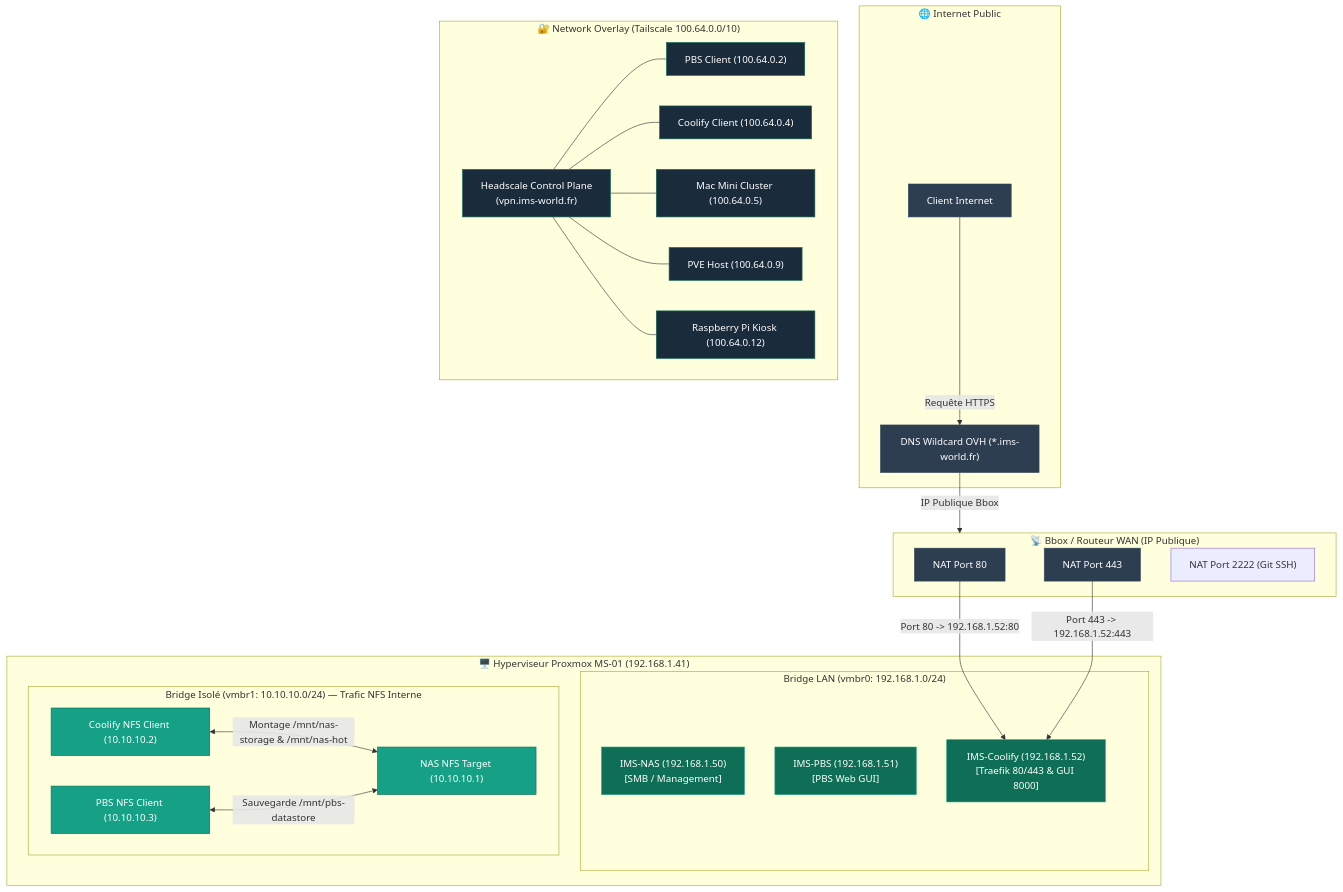
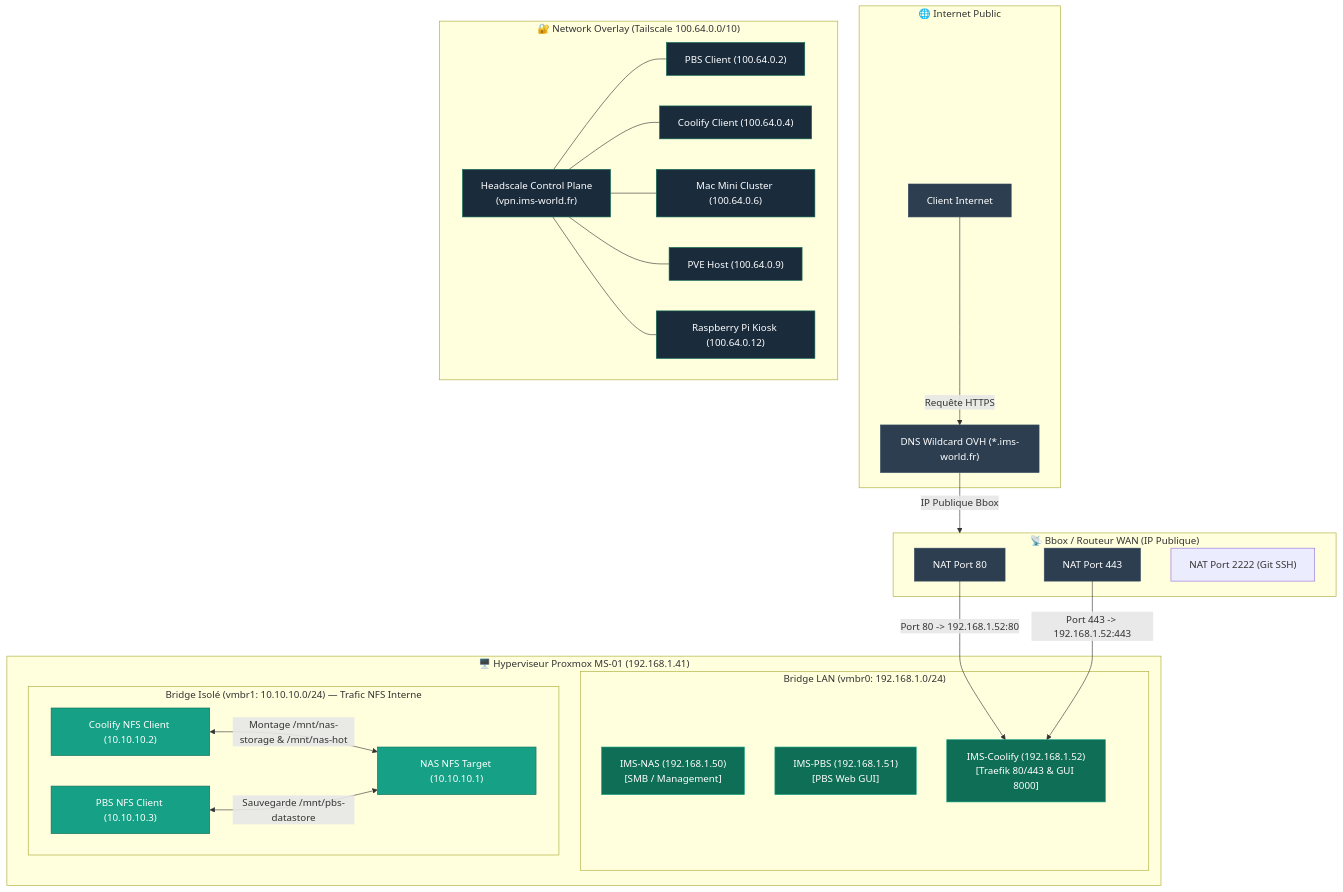
One commit to ims-world/docs changed the diagram in reseau/architecture-reseau.md. Above: the diagram before and after it, drawn with Mermaid. The commit also changed 7 other files, not shown here.

Commit message:
docs: mise a jour de l'IP Tailscale du Mac Mini (100.64.0.6) sur l'ensemble de la documentation et des schemas

````diff
--- a/reseau/architecture-reseau.md
+++ b/reseau/architecture-reseau.md
@@ -12,62 +12,62 @@
 ```mermaid
 graph TB
     subgraph WAN ["🌐 Internet Public"]
         CLIENT_EXT["Client Internet"]
         OVH_DNS["DNS Wildcard OVH (*.ims-world.fr)"]
     end
 
     subgraph BBOX ["📡 Bbox / Routeur WAN (IP Publique)"]
         NAT80["NAT Port 80"]
         NAT443["NAT Port 443"]
         NAT2222["NAT Port 2222 (Git SSH)"]
     end
 
     subgraph PROXMOX_NET ["🖥️ Hyperviseur Proxmox MS-01 (192.168.1.41)"]
         subgraph VMBR0 ["Bridge LAN (vmbr0: 192.168.1.0/24)"]
             NAS_LAN["IMS-NAS (192.168.1.50)\n[SMB / Management]"]
             PBS_LAN["IMS-PBS (192.168.1.51)\n[PBS Web GUI]"]
             COOL_LAN["IMS-Coolify (192.168.1.52)\n[Traefik 80/443 & GUI 8000]"]
         end
 
         subgraph VMBR1 ["Bridge Isolé (vmbr1: 10.10.10.0/24) — Trafic NFS Interne"]
             NAS_ISO["NAS NFS Target (10.10.10.1)"]
             PBS_ISO["PBS NFS Client (10.10.10.3)"]
             COOL_ISO["Coolify NFS Client (10.10.10.2)"]
         end
     end
 
     subgraph TAILNET_HEADSCALE ["🔐 Network Overlay (Tailscale 100.64.0.0/10)"]
         HEADSCALE_SRV["Headscale Control Plane\n(vpn.ims-world.fr)"]
         PBS_TS["PBS Client (100.64.0.2)"]
         COOL_TS["Coolify Client (100.64.0.4)"]
-        MAC_TS["Mac Mini Cluster (100.64.0.5)"]
+        MAC_TS["Mac Mini Cluster (100.64.0.6)"]
         PVE_TS["PVE Host (100.64.0.9)"]
         RPI_TS["Raspberry Pi Kiosk (100.64.0.12)"]
     end
 
     %% Flux WAN -> Bbox -> Traefik
     CLIENT_EXT -->|Requête HTTPS| OVH_DNS
     OVH_DNS -->|IP Publique Bbox| BBOX
     NAT80 -->|Port 80 -> 192.168.1.52:80| COOL_LAN
     NAT443 -->|Port 443 -> 192.168.1.52:443| COOL_LAN
 
     %% Flux NFS
     COOL_ISO <-->|Montage /mnt/nas-storage & /mnt/nas-hot| NAS_ISO
     PBS_ISO <-->|Sauvegarde /mnt/pbs-datastore| NAS_ISO
 
     %% Flux Tailscale VPN
     HEADSCALE_SRV --- PBS_TS
     HEADSCALE_SRV --- COOL_TS
     HEADSCALE_SRV --- MAC_TS
     HEADSCALE_SRV --- PVE_TS
     HEADSCALE_SRV --- RPI_TS
 
     classDef wan fill:#2c3e50,stroke:#34495e,color:#fff;
     classDef lan fill:#0F6E56,stroke:#16A085,color:#fff;
     classDef iso fill:#16A085,stroke:#0F6E56,color:#fff;
     classDef vpn fill:#1a2b3c,stroke:#0F6E56,color:#fff;
     class CLIENT_EXT,OVH_DNS,NAT80,NAT443 wan;
     class NAS_LAN,PBS_LAN,COOL_LAN lan;
     class NAS_ISO,PBS_ISO,COOL_ISO iso;
     class HEADSCALE_SRV,PBS_TS,COOL_TS,MAC_TS,PVE_TS,RPI_TS vpn;
 ```
````
